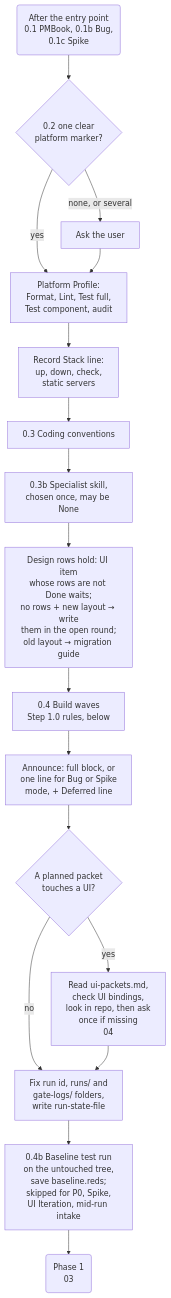
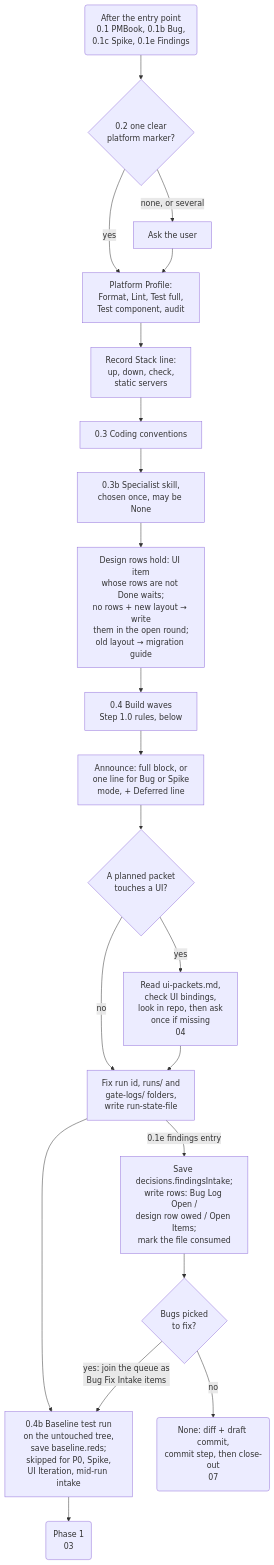
Before and after one commit to muhammedalikhan86/claude-stash: the third of 4 diagrams in skills/plugin-orchestrator-development-pattern/mermaid/02-phase0-setup.md, drawn with Mermaid. The commit also changed other lines of this file and 30 other files, not shown here.

First line of the commit message:
feat(skills): disparity-checker, findings intake, major-only parity gate; link accounts

````diff
--- a/skills/plugin-orchestrator-development-pattern/mermaid/02-phase0-setup.md
+++ b/skills/plugin-orchestrator-development-pattern/mermaid/02-phase0-setup.md
@@ -64,19 +64,23 @@
 ```mermaid
 flowchart TD
-    In("After the entry point<br/>0.1 PMBook, 0.1b Bug,<br/>0.1c Spike") --> Plat{"0.2 one clear<br/>platform marker?"}
+    In("After the entry point<br/>0.1 PMBook, 0.1b Bug,<br/>0.1c Spike, 0.1e Findings") --> Plat{"0.2 one clear<br/>platform marker?"}
     Plat -->|"none, or several"| AskPlat["Ask the user"]
     Plat -->|"yes"| Prof["Platform Profile:<br/>Format, Lint, Test full,<br/>Test component, audit"]
     AskPlat --> Prof
     Prof --> Stack["Record Stack line:<br/>up, down, check,<br/>static servers"]
     Stack --> Conv["0.3 Coding conventions"]
     Conv --> Skill["0.3b Specialist skill,<br/>chosen once, may be None"]
     Skill --> Hold["Design rows hold: UI item<br/>whose rows are not Done waits;<br/>no rows + new layout → write<br/>them in the open round;<br/>old layout → migration guide"]
     Hold --> Waves["0.4 Build waves<br/>Step 1.0 rules, below"]
     Waves --> Ann["Announce: full block, or<br/>one line for Bug or Spike<br/>mode, + Deferred line"]
     Ann --> UIq{"A planned packet<br/>touches a UI?"}
     UIq -->|"yes"| UIB["Read ui-packets.md,<br/>check UI bindings,<br/>look in repo, then ask<br/>once if missing<br/>04"]
     UIq -->|"no"| RS
     UIB --> RS["Fix run id, runs/ and<br/>gate-logs/ folders,<br/>write run-state-file"]
     RS --> Base["0.4b Baseline test run<br/>on the untouched tree,<br/>save baseline.reds;<br/>skipped for P0, Spike,<br/>UI Iteration, mid-run intake"]
     Base --> P1("Phase 1<br/>03")
+    RS -->|"0.1e findings entry"| Rows["Save decisions.findingsIntake;<br/>write rows: Bug Log Open /<br/>design row owed / Open Items;<br/>mark the file consumed"]
+    Rows --> Picked{"Bugs picked<br/>to fix?"}
+    Picked -->|"yes: join the queue as<br/>Bug Fix Intake items"| Base
+    Picked -->|"no"| NoFix("None: diff + draft commit,<br/>commit step, then close-out<br/>07")
 ```
````
